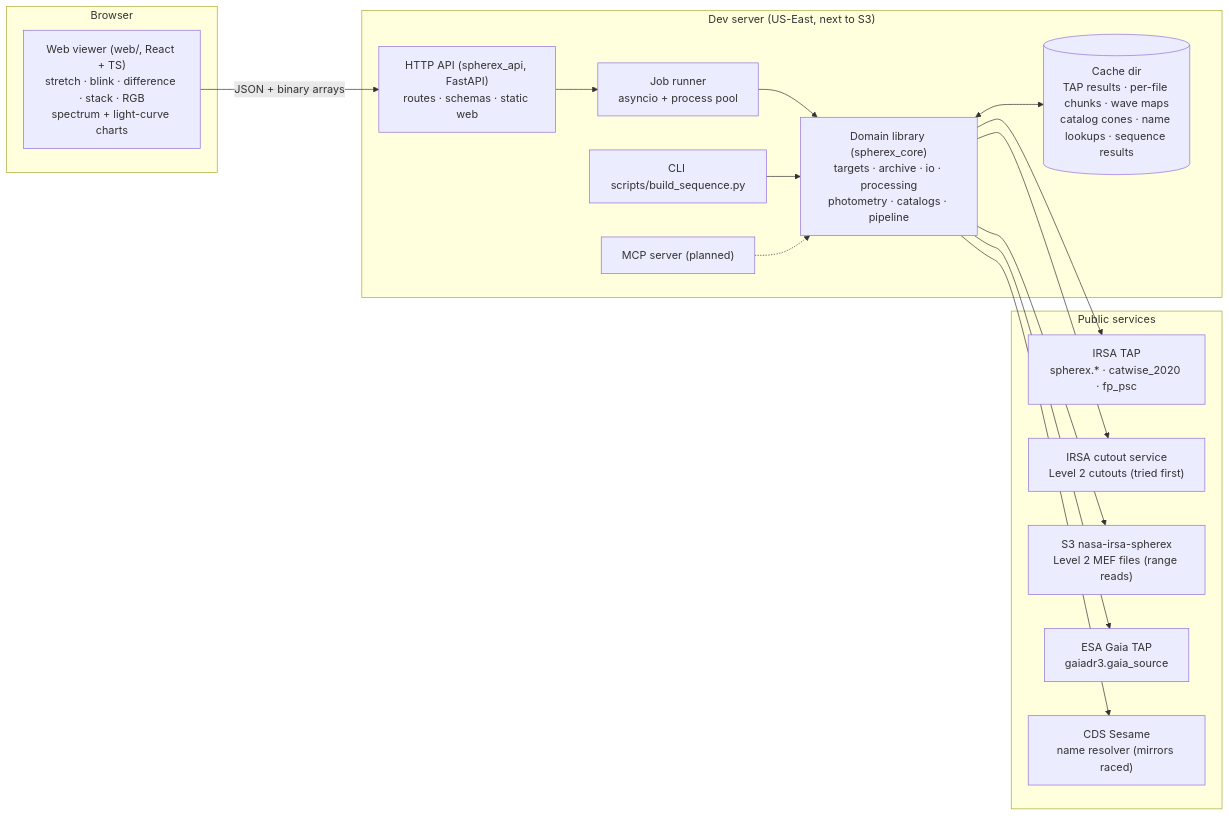
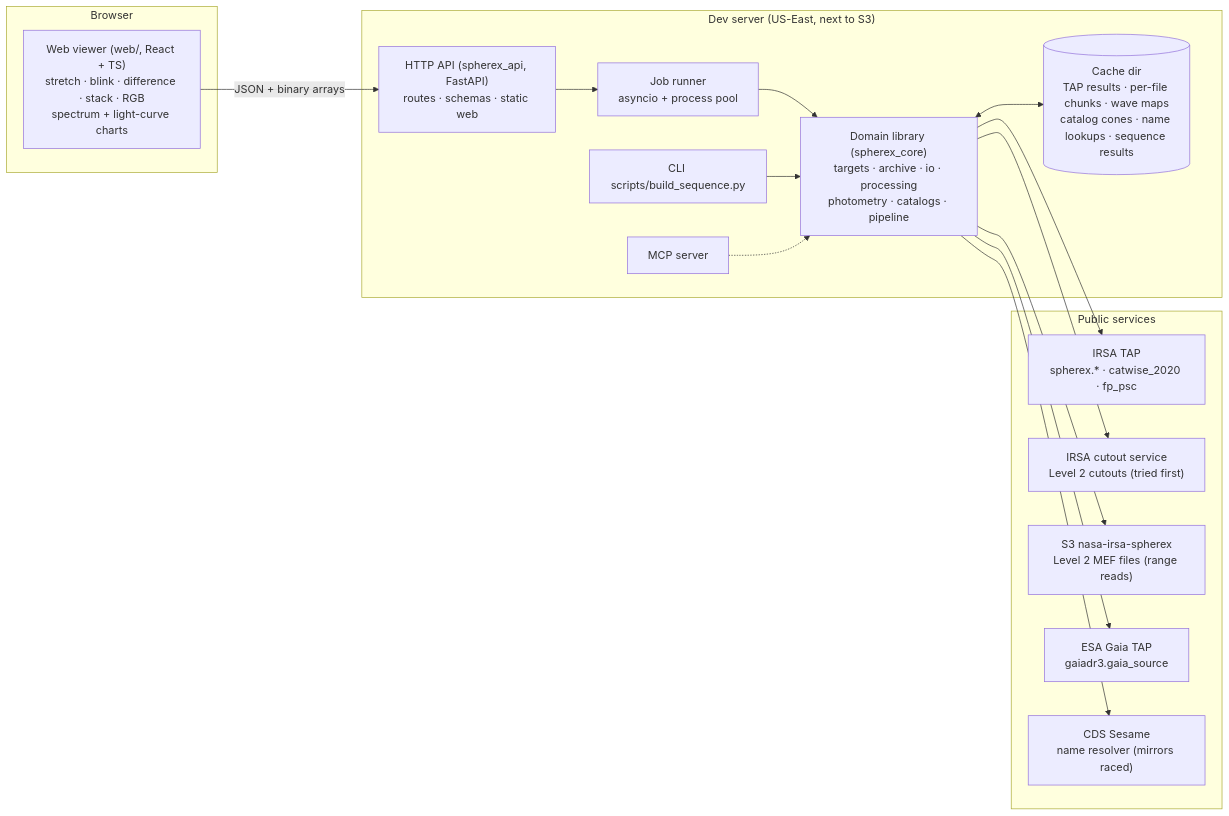
Before and after one commit to zabojeb/planet-x-spherex: the first of 2 diagrams in docs/architecture.md, drawn with Mermaid. The commit also changed other lines of this file and 9 other files, not shown here.

````diff
--- a/docs/architecture.md
+++ b/docs/architecture.md
@@ -7,31 +7,31 @@
 ```mermaid
 flowchart LR
   subgraph Browser
     WEB["Web viewer (web/, React + TS)<br/>stretch · blink · difference · stack · RGB<br/>spectrum + light-curve charts"]
   end
   subgraph Server["Dev server (US-East, next to S3)"]
     API["HTTP API (spherex_api, FastAPI)<br/>routes · schemas · static web"]
     JOBS["Job runner<br/>asyncio + process pool"]
     CORE["Domain library (spherex_core)<br/>targets · archive · io · processing<br/>photometry · catalogs · pipeline"]
     CACHE[("Cache dir<br/>TAP results · per-file chunks · wave maps<br/>catalog cones · name lookups · sequence results")]
-    MCP["MCP server (planned)"]
+    MCP["MCP server"]
     CLI["CLI scripts/build_sequence.py"]
   end
   subgraph External["Public services"]
     TAP["IRSA TAP<br/>spherex.* · catwise_2020 · fp_psc"]
     CUT["IRSA cutout service<br/>Level 2 cutouts (tried first)"]
     S3["S3 nasa-irsa-spherex<br/>Level 2 MEF files (range reads)"]
     GAIA["ESA Gaia TAP<br/>gaiadr3.gaia_source"]
     SES["CDS Sesame<br/>name resolver (mirrors raced)"]
   end
   WEB -- "JSON + binary arrays" --> API
   API --> JOBS --> CORE
   CLI --> CORE
   MCP -.-> CORE
   CORE <--> CACHE
   CORE --> TAP
   CORE --> CUT
   CORE --> S3
   CORE --> GAIA
   CORE --> SES
 ```
````
